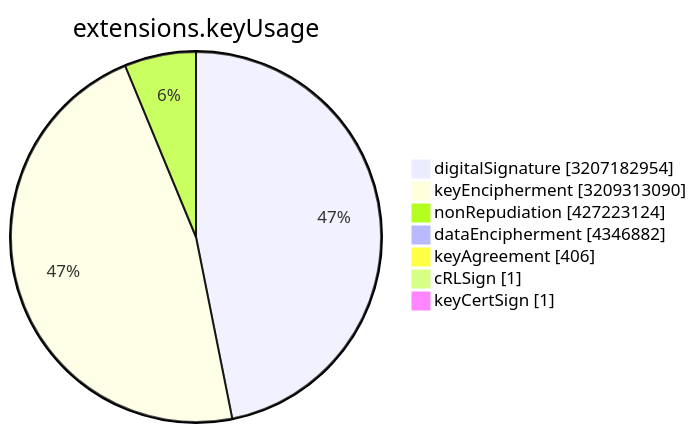
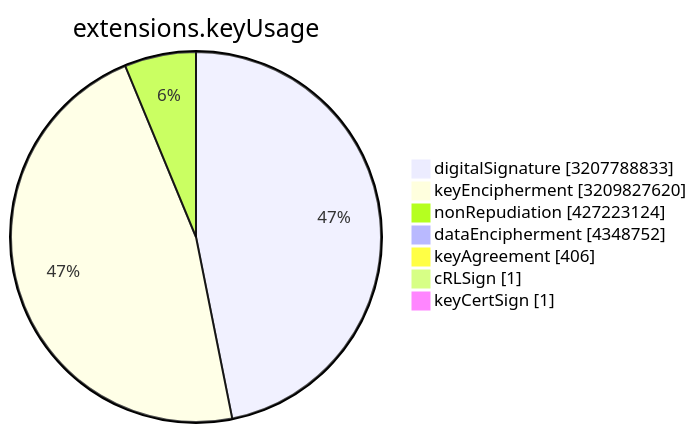
Before and after one commit to christiankrug/ctmonitor_visualization: the sixth of 15 diagrams in TOTAL/README.md, drawn with Mermaid. The commit also changed other lines of this file, not shown here.

````diff
--- a/TOTAL/README.md
+++ b/TOTAL/README.md
@@ -3077,11 +3077,11 @@
 ```mermaid
 pie showData
 title extensions.keyUsage
-"digitalSignature" :3207182954
-"keyEncipherment" :3209313090
+"digitalSignature" :3207788833
+"keyEncipherment" :3209827620
 "nonRepudiation" :427223124
-"dataEncipherment" :4346882
+"dataEncipherment" :4348752
 "keyAgreement" :406
 "cRLSign" :1
 "keyCertSign" :1
 ```
````
